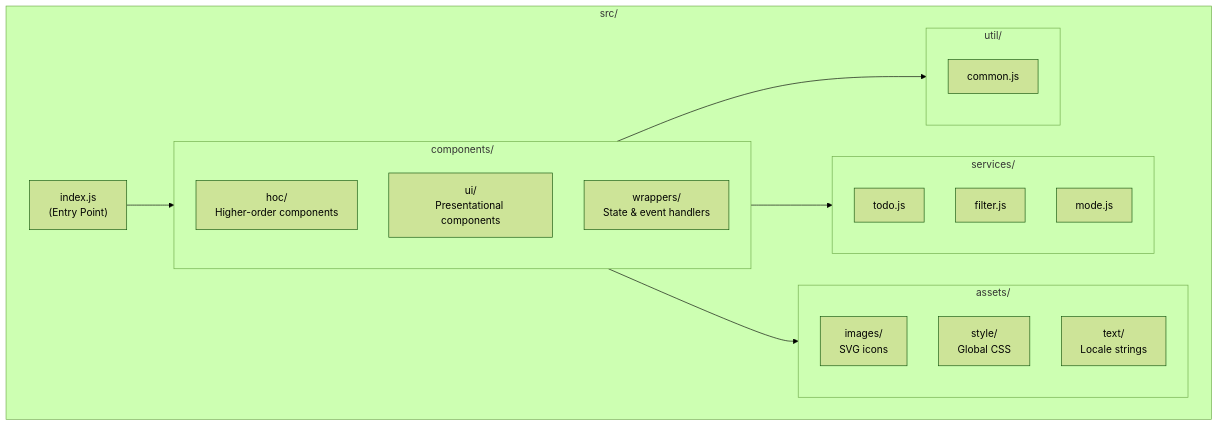
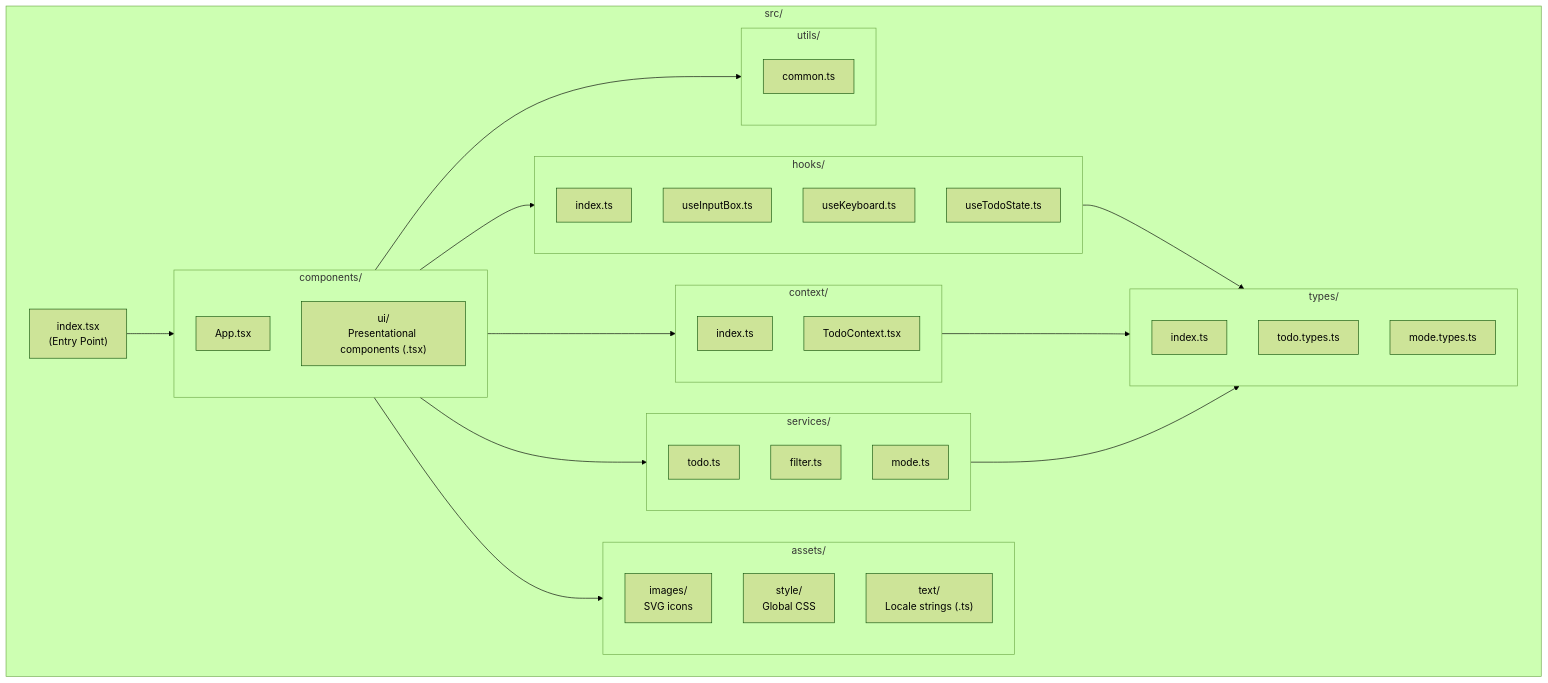
The diagram in src/README.md (hardik-blitzy/react-todo-app), drawn with Mermaid (forest theme) before and after one commit. The commit also changed other lines of this file, not shown here.

First line of the commit message:
docs(src): Update README.md for TypeScript/React Hooks architecture

````diff
--- a/src/README.md
+++ b/src/README.md
@@ -13,33 +15,55 @@
 ```mermaid
 flowchart TB
     subgraph src["src/"]
-        INDEX["index.js<br/>(Entry Point)"]
+        INDEX["index.tsx<br/>(Entry Point)"]
+        
+        subgraph types["types/"]
+            TYPES_INDEX["index.ts"]
+            TODO_TYPES["todo.types.ts"]
+            MODE_TYPES["mode.types.ts"]
+        end
+        
+        subgraph hooks["hooks/"]
+            HOOKS_INDEX["index.ts"]
+            USE_INPUT["useInputBox.ts"]
+            USE_KEYBOARD["useKeyboard.ts"]
+            USE_TODO["useTodoState.ts"]
+        end
+        
+        subgraph context["context/"]
+            CTX_INDEX["index.ts"]
+            TODO_CTX["TodoContext.tsx"]
+        end
         
         subgraph assets["assets/"]
             IMAGES["images/<br/>SVG icons"]
             STYLE["style/<br/>Global CSS"]
-            TEXT["text/<br/>Locale strings"]
+            TEXT["text/<br/>Locale strings (.ts)"]
         end
         
         subgraph components["components/"]
-            HOC["hoc/<br/>Higher-order components"]
-            UI["ui/<br/>Presentational components"]
-            WRAPPERS["wrappers/<br/>State & event handlers"]
+            APP["App.tsx"]
+            UI["ui/<br/>Presentational components (.tsx)"]
         end
         
         subgraph services["services/"]
-            TODO["todo.js"]
-            FILTER["filter.js"]
-            MODE["mode.js"]
+            TODO["todo.ts"]
+            FILTER["filter.ts"]
+            MODE["mode.ts"]
         end
         
-        subgraph util["util/"]
-            COMMON["common.js"]
+        subgraph utils["utils/"]
+            COMMON["common.ts"]
         end
     end
     
     INDEX --> components
+    components --> hooks
+    components --> context
     components --> services
-    components --> util
+    components --> utils
     components --> assets
+    hooks --> types
+    context --> types
+    services --> types
 ```
````
